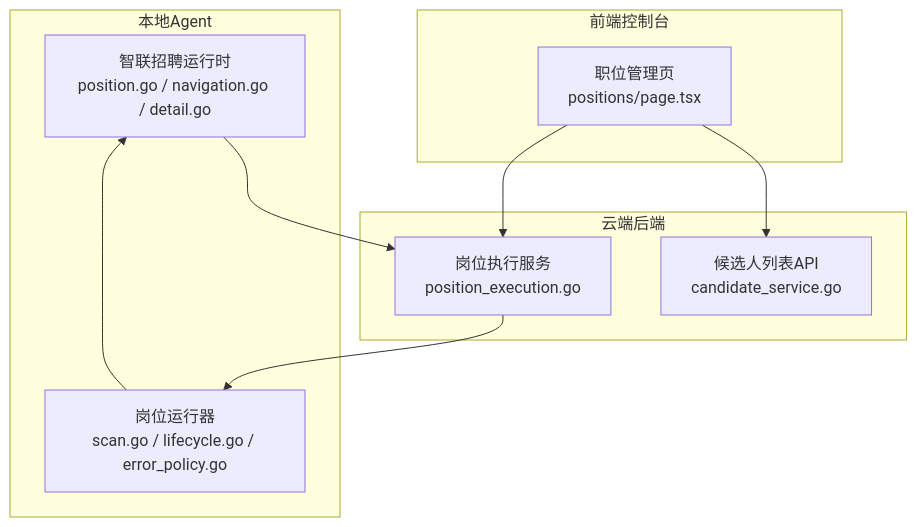
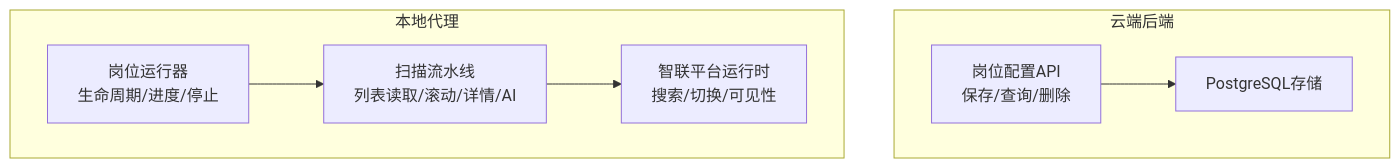
One commit to alvinwangzi/goodhr changed the first of 7 diagrams in .qoder/repowiki/zh/content/本地执行器/平台适配器/前程无忧适配器/职位管理.md. Above: the diagram before and after it, drawn with Mermaid. The commit also changed other lines of this file and 149 other files, not shown here.

````diff
--- a/.qoder/repowiki/zh/content/本地执行器/平台适配器/前程无忧适配器/职位管理.md
+++ b/.qoder/repowiki/zh/content/本地执行器/平台适配器/前程无忧适配器/职位管理.md
@@ -45,19 +43,15 @@
 ```mermaid
 graph TB
-subgraph "本地Agent"
-ZR["智联招聘运行时<br/>position.go / navigation.go / detail.go"]
-PR["岗位运行器<br/>scan.go / lifecycle.go / error_policy.go"]
+subgraph "云端后端"
+API["岗位配置API<br/>保存/查询/删除"]
+Store["PostgreSQL存储"]
 end
-subgraph "云端后端"
-API["岗位执行服务<br/>position_execution.go"]
-CS["候选人列表API<br/>candidate_service.go"]
+subgraph "本地代理"
+Runner["岗位运行器<br/>生命周期/进度/停止"]
+Scan["扫描流水线<br/>列表读取/滚动/详情/AI"]
+ZP["智联平台运行时<br/>搜索/切换/可见性"]
 end
-subgraph "前端控制台"
-FE["职位管理页<br/>positions/page.tsx"]
-end
-FE --> API
-API --> PR
-PR --> ZR
-ZR --> API
-FE --> CS
+API --> Store
+Runner --> Scan
+Scan --> ZP
 ```
````
